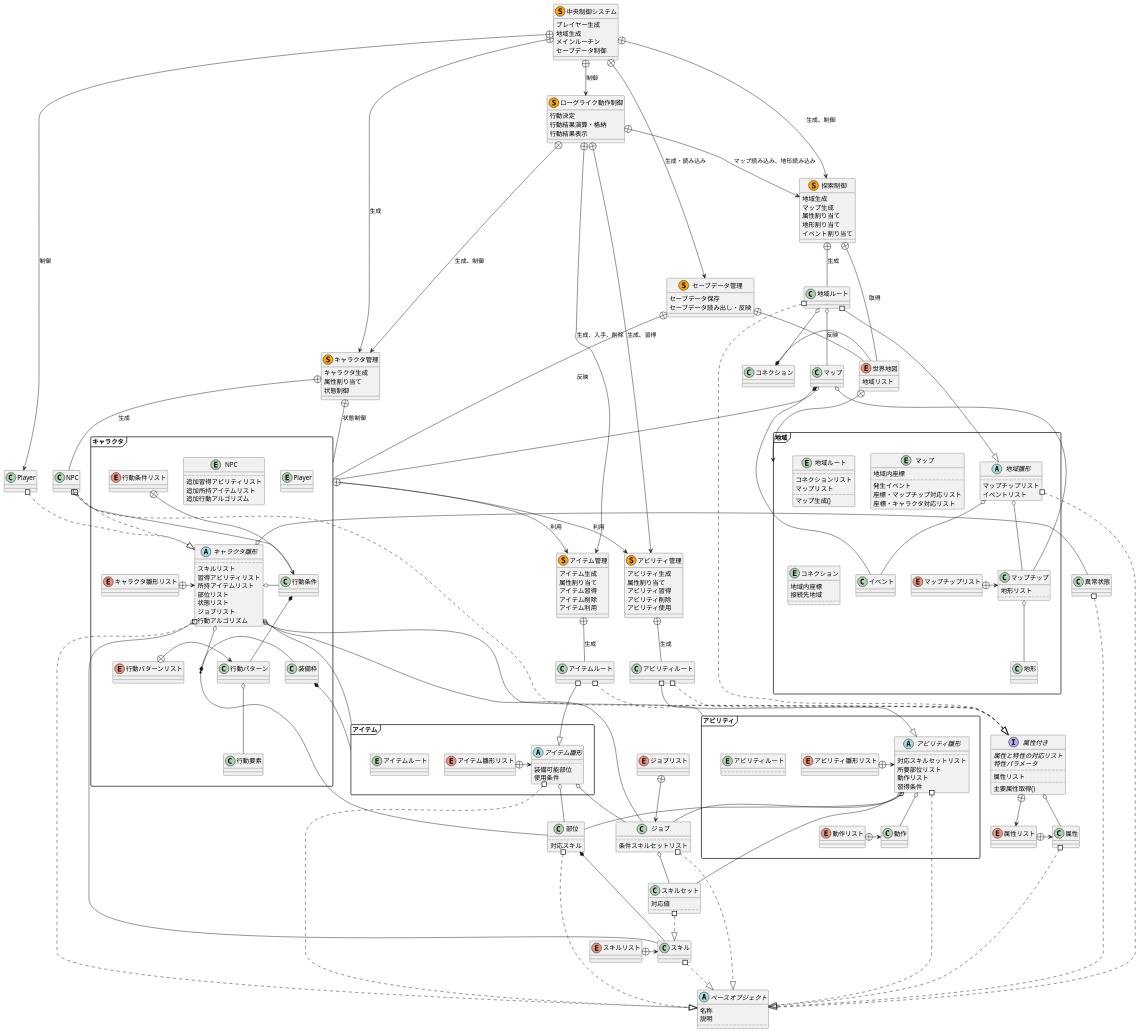
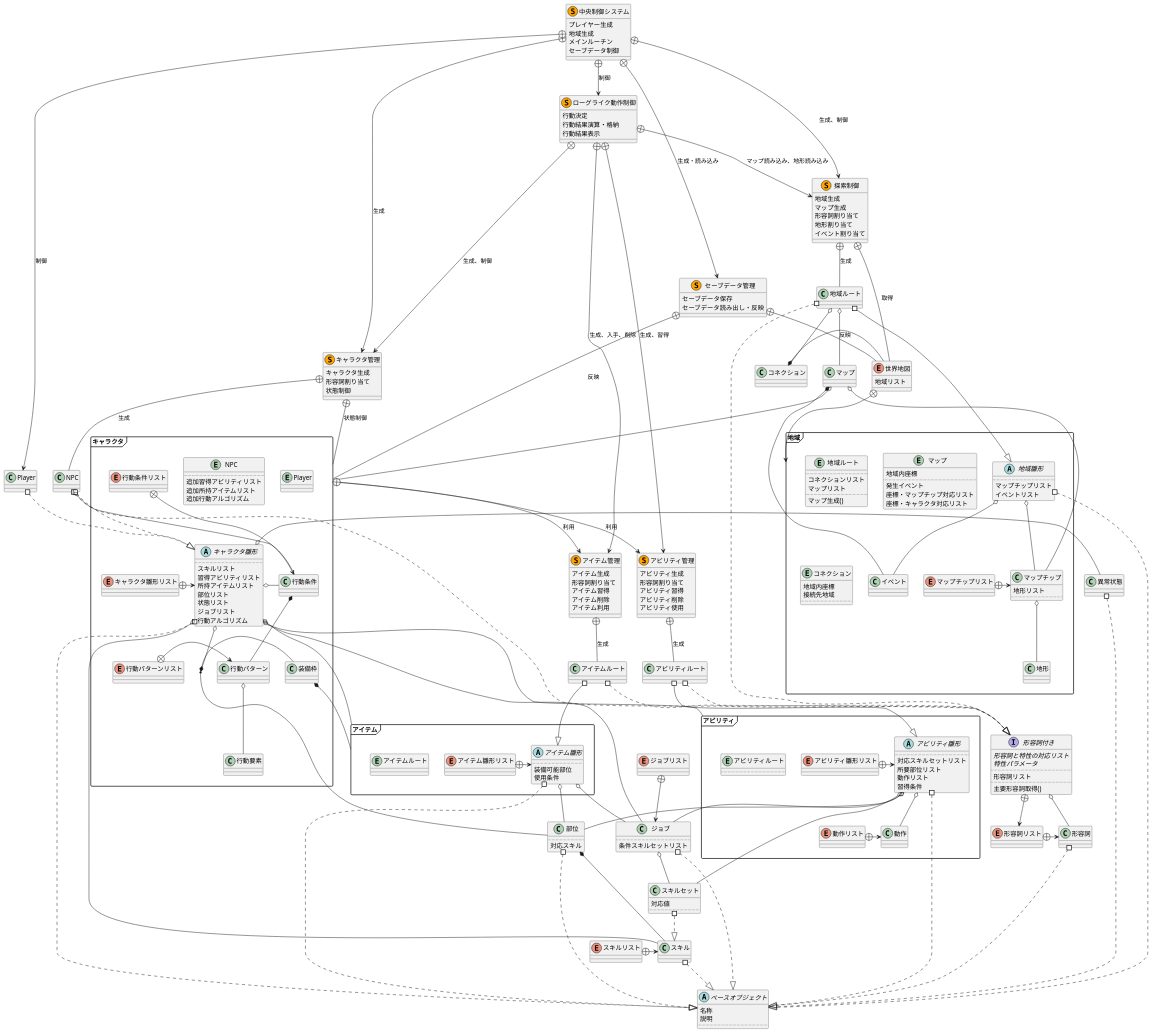
One commit to eckolo/RogueLikeLike changed the diagram in Memo/Uml.wsd. Above: the diagram before and after it, drawn with PlantUML.

Commit message:
用語調整：属性→形容詞

```diff
--- a/Memo/Uml.wsd
+++ b/Memo/Uml.wsd
@@ -35,20 +35,20 @@
 enum ジョブリスト
 ジョブリスト +--> ジョブ
 
-class 属性
-enum 属性リスト
-属性リスト +-> 属性
-属性 #..^ ベースオブジェクト
-interface 属性付き{
-	{abstract}属性と特性の対応リスト
+class 形容詞
+enum 形容詞リスト
+形容詞リスト +-> 形容詞
+形容詞 #..^ ベースオブジェクト
+interface 形容詞付き{
+	{abstract}形容詞と特性の対応リスト
 	{abstract}特性パラメータ
 	..
-	属性リスト
+	形容詞リスト
 	..
-	主要属性取得()
+	主要形容詞取得()
 }
-属性付き o-- 属性
-属性付き +--> 属性リスト
+形容詞付き o-- 形容詞
+形容詞付き +--> 形容詞リスト
 
 namespace アビリティ{
 	entity アビリティルート{
@@ -77,7 +77,7 @@
 	enum 動作リスト
 	動作リスト +-> 動作
 }
-アビリティルート #..^ 属性付き
+アビリティルート #..^ 形容詞付き
 
 namespace アイテム{
 	entity アイテムルート
@@ -95,7 +95,7 @@
 	アイテム雛形 o-- .部位
 	アイテム雛形 o-- .ジョブ
 }
-アイテムルート #..^ 属性付き
+アイテムルート #..^ 形容詞付き
 
 namespace 地域{
 	entity 地域ルート{
@@ -142,7 +142,7 @@
 	.地域ルート o-- .マップ
 	.地域ルート o-- .コネクション
 }
-地域ルート #..^ 属性付き
+地域ルート #..^ 形容詞付き
 .マップ o-- キャラクタ
 .コネクション *- 世界地図
 
@@ -174,7 +174,7 @@
 		追加所持アイテムリスト
 		追加行動アルゴリズム
 	}
-	.NPC #..^ .属性付き
+	.NPC #..^ .形容詞付き
 	.NPC #..^ キャラクタ雛形
 
 	enum キャラクタ雛形リスト
@@ -208,7 +208,7 @@
 class 探索制御 <<(S,orange)>>{
 	地域生成
 	マップ生成
-	属性割り当て
+	形容詞割り当て
 	地形割り当て
 	イベント割り当て
 }
@@ -217,7 +217,7 @@
 
 class アビリティ管理 <<(S,orange)>>{
 	アビリティ生成
-	属性割り当て
+	形容詞割り当て
 	アビリティ習得
 	アビリティ削除
 	アビリティ使用
@@ -226,7 +226,7 @@
 
 class アイテム管理 <<(S,orange)>>{
 	アイテム生成
-	属性割り当て
+	形容詞割り当て
 	アイテム習得
 	アイテム削除
 	アイテム利用
@@ -237,7 +237,7 @@
 
 class キャラクタ管理 <<(S,orange)>>{
 	キャラクタ生成
-	属性割り当て
+	形容詞割り当て
 	状態制御
 }
 キャラクタ管理 +-- .NPC : 生成
```
